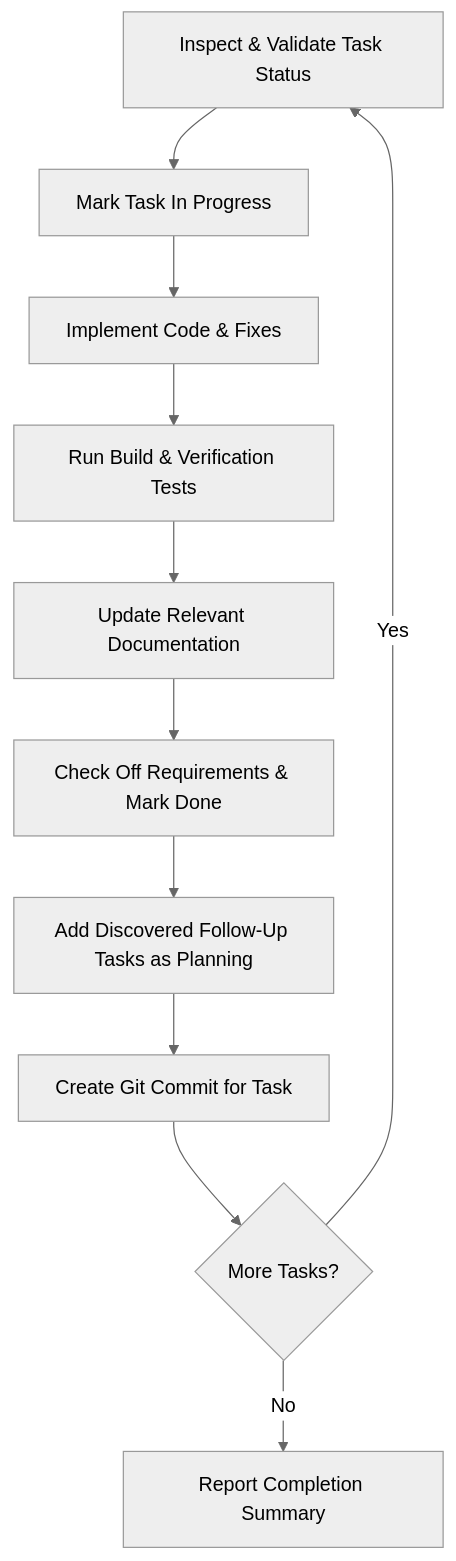
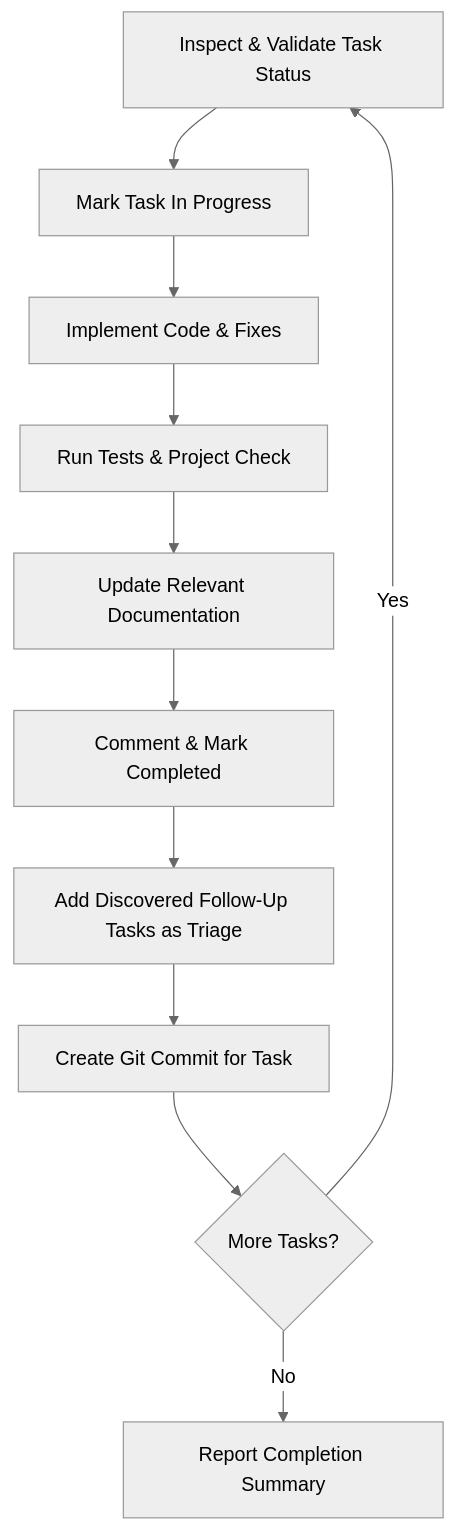
One commit to headhunter45/Open-Tasks changed the diagram in .agents/skills/execute-tasks/SKILL.md. Above: the diagram before and after it, drawn with Mermaid (neutral theme). The commit also changed other lines of this file and 30 other files, not shown here.

````diff
--- a/.agents/skills/execute-tasks/SKILL.md
+++ b/.agents/skills/execute-tasks/SKILL.md
@@ -43,13 +43,13 @@
 ```mermaid
 graph TD
     A[Inspect & Validate Task Status] --> B[Mark Task In Progress]
     B --> C[Implement Code & Fixes]
-    C --> D[Run Build & Verification Tests]
+    C --> D[Run Tests & Project Check]
     D --> E[Update Relevant Documentation]
-    E --> F[Check Off Requirements & Mark Done]
-    F --> G[Add Discovered Follow-Up Tasks as Planning]
+    E --> F[Comment & Mark Completed]
+    F --> G[Add Discovered Follow-Up Tasks as Triage]
     G --> H[Create Git Commit for Task]
     H --> I{More Tasks?}
     I -- Yes --> A
     I -- No --> J[Report Completion Summary]
 ```
````
